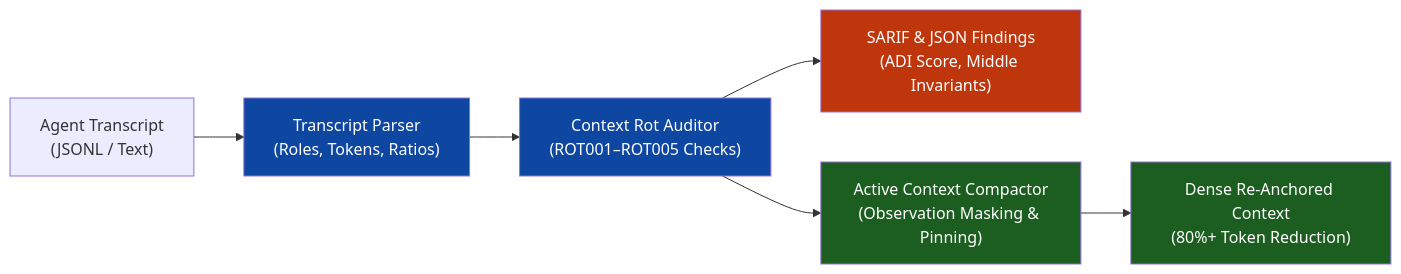
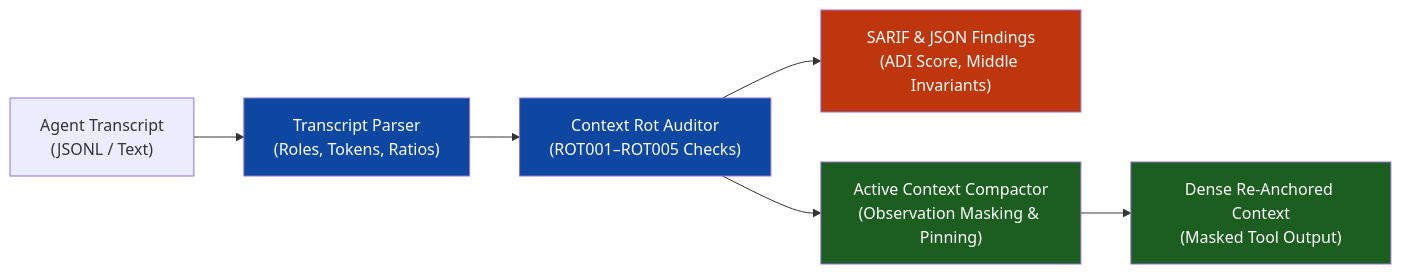
Before and after one commit to dan-petty/vibes: the second of 2 diagrams in observations/systems/23-attention-dilution-context-rot-and-active-compaction.md, drawn with Mermaid. The commit also changed other lines of this file and 248 other files, not shown here.

````diff
--- a/observations/systems/23-attention-dilution-context-rot-and-active-compaction.md
+++ b/observations/systems/23-attention-dilution-context-rot-and-active-compaction.md
@@ -61,14 +61,14 @@
 ```mermaid
 flowchart LR
     classDef audit fill:#0d47a1,color:#fff
     classDef compact fill:#1b5e20,color:#fff
     classDef warning fill:#bf360c,color:#fff
 
     Transcript["Agent Transcript<br/>(JSONL / Text)"] --> Parser["Transcript Parser<br/>(Roles, Tokens, Ratios)"]:::audit
     Parser --> Auditor["Context Rot Auditor<br/>(ROT001–ROT005 Checks)"]:::audit
 
     Auditor --> Findings["SARIF & JSON Findings<br/>(ADI Score, Middle Invariants)"]:::warning
     Auditor --> Compactor["Active Context Compactor<br/>(Observation Masking & Pinning)"]:::compact
 
-    Compactor --> Dense["Dense Re-Anchored Context<br/>(80%+ Token Reduction)"]:::compact
+    Compactor --> Dense["Dense Re-Anchored Context<br/>(Masked Tool Output)"]:::compact
 ```
````
